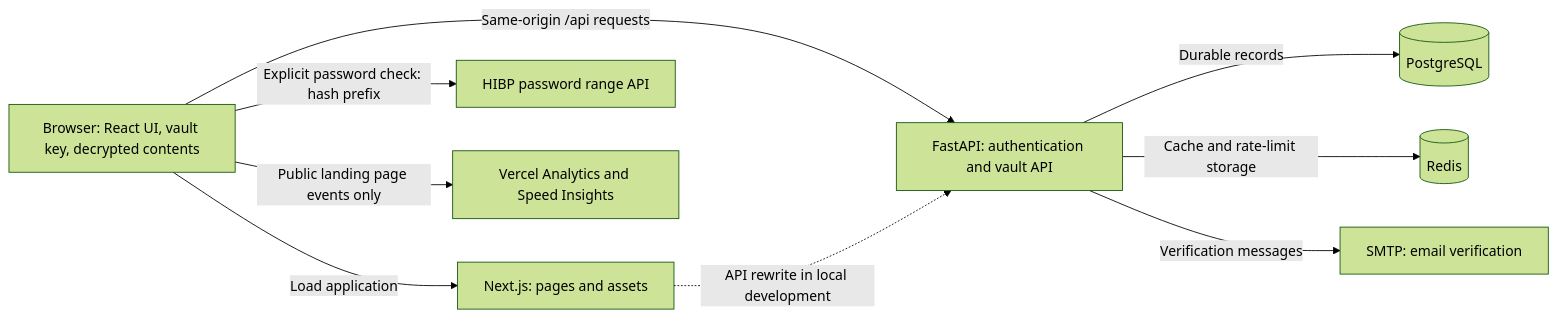
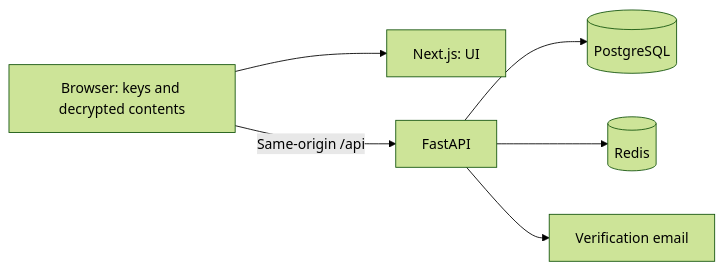
The diagram in docs/architecture.md (sundaramrai/cipheria), drawn with Mermaid (forest theme) before and after one commit. The commit also changed other lines of this file, not shown here.

Commit message:
docs: streamline architecture documentation for clarity and organization

````diff
--- a/docs/architecture.md
+++ b/docs/architecture.md
@@ -21,20 +5,8 @@
 ```mermaid
 flowchart LR
-    Browser["Browser: React UI, vault key, decrypted contents"]
-    Web["Next.js: pages and assets"]
-    API["FastAPI: authentication and vault API"]
-    DB[(PostgreSQL)]
-    Redis[(Redis)]
-    Mail["SMTP: email verification"]
-    HIBP["HIBP password range API"]
-    Metrics["Vercel Analytics and Speed Insights"]
-
-    Browser -->|Load application| Web
-    Browser -->|Same-origin /api requests| API
-    Web -.->|API rewrite in local development| API
-    API -->|Durable records| DB
-    API -->|Cache and rate-limit storage| Redis
-    API -->|Verification messages| Mail
-    Browser -->|Explicit password check: hash prefix| HIBP
-    Browser -->|Public landing page events only| Metrics
+    Browser["Browser: keys and decrypted contents"] --> Web["Next.js: UI"]
+    Browser -->|Same-origin /api| API["FastAPI"]
+    API --> DB[(PostgreSQL)]
+    API --> Redis[(Redis)]
+    API --> SMTP["Verification email"]
 ```
````
